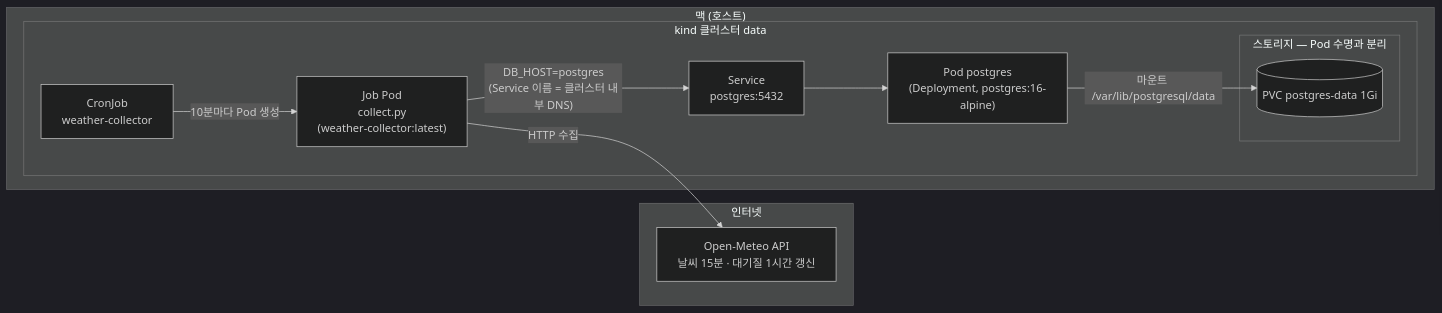
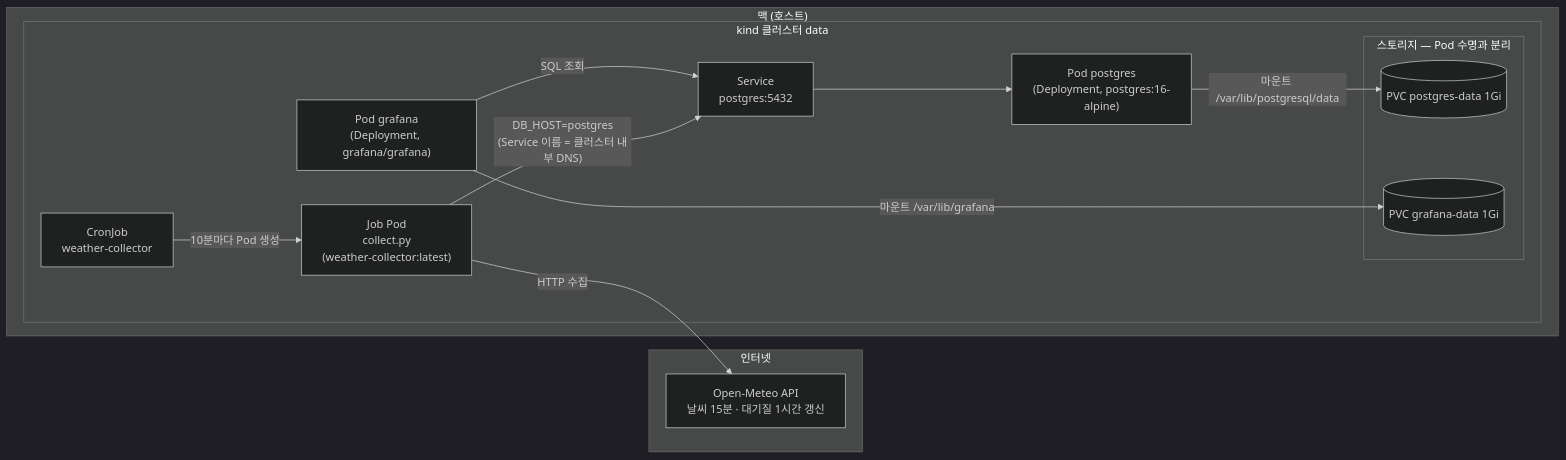
Before and after one commit to hellojin97/seoul-weather-pipeline: the diagram in README.md, drawn with Mermaid (dark theme). The commit also changed other lines of this file and 1 other file, not shown here.

Commit message:
Grafana 대시보드 추가 (Deployment/Service/PVC + README 갱신)

````diff
--- a/README.md
+++ b/README.md
@@ -7,25 +7,30 @@
 ```mermaid
 flowchart LR
     subgraph EXT["인터넷"]
         API["Open-Meteo API<br>날씨 15분 · 대기질 1시간 갱신"]
     end
 
     subgraph HOST["맥 (호스트)"]
         subgraph CLUSTER["kind 클러스터 data"]
             CJ["CronJob<br>weather-collector"]
             JOB["Job Pod<br>collect.py<br>(weather-collector:latest)"]
             SVC["Service<br>postgres:5432"]
             PG["Pod postgres<br>(Deployment, postgres:16-alpine)"]
 
+            GRAF["Pod grafana<br>(Deployment, grafana/grafana)"]
+
             subgraph STORAGE["스토리지 — Pod 수명과 분리"]
                 PVC[("PVC postgres-data 1Gi")]
+                GPVC[("PVC grafana-data 1Gi")]
             end
         end
     end
 
     CJ -->|"10분마다 Pod 생성"| JOB
     JOB -->|"HTTP 수집"| API
     JOB -->|"DB_HOST=postgres<br>(Service 이름 = 클러스터 내부 DNS)"| SVC
     SVC --> PG
     PG -->|"마운트 /var/lib/postgresql/data"| PVC
+    GRAF -->|"SQL 조회"| SVC
+    GRAF -->|"마운트 /var/lib/grafana"| GPVC
 ```
````
